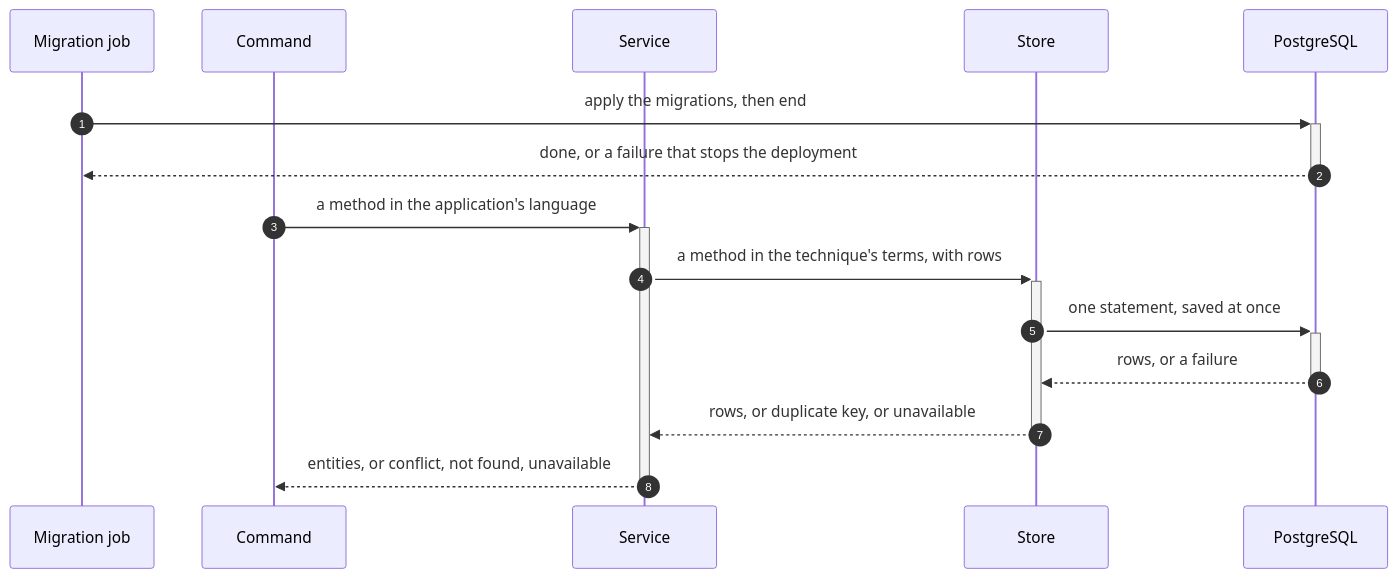
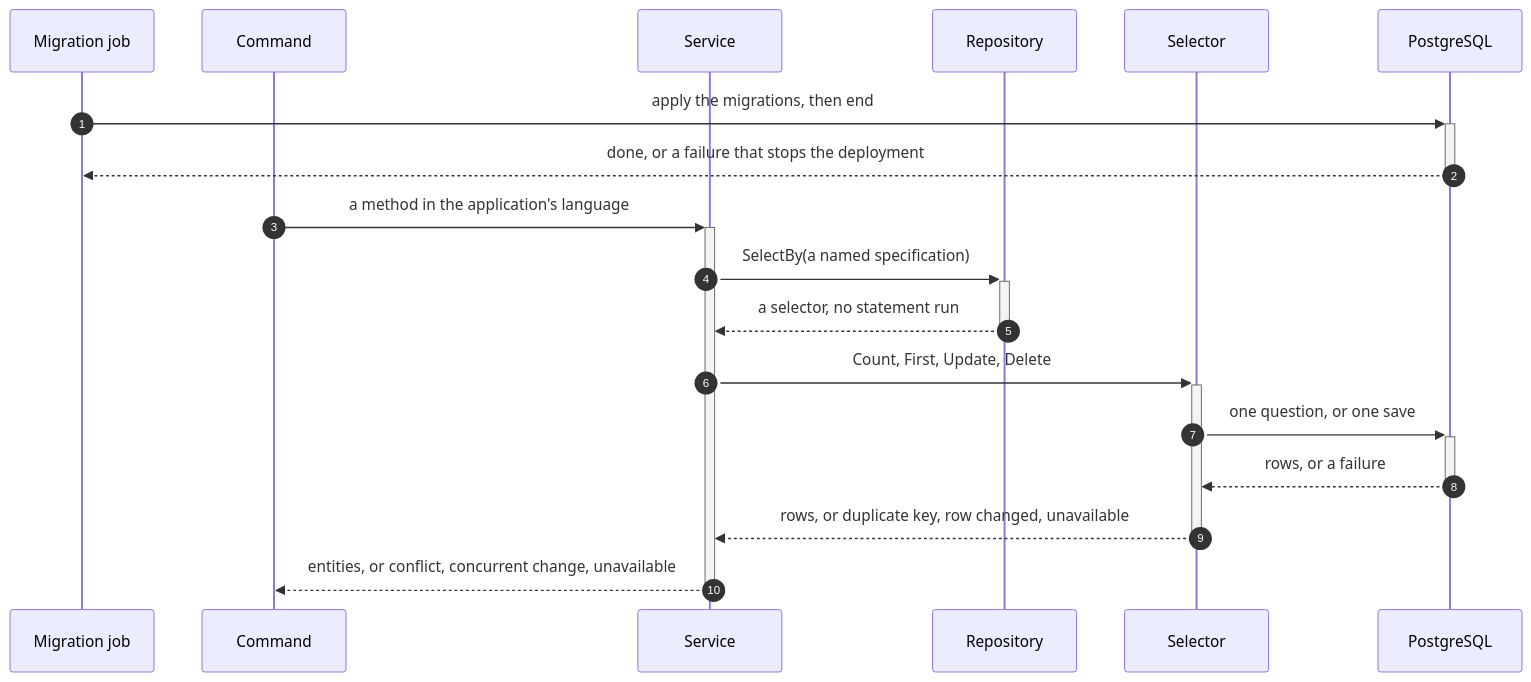
Before and after one commit to InsonusK/ai-skills: the diagram in library/architecture/spec/vp-postgres.skill/diagrams/concept.mmd, drawn with Mermaid. The commit also changed 12 other files, not shown here.

Commit message:
vp-postgres: one repository contract with selectors and specifications, shared scenarios for every stack

```diff
--- a/library/architecture/spec/vp-postgres.skill/diagrams/concept.mmd
+++ b/library/architecture/spec/vp-postgres.skill/diagrams/concept.mmd
@@ -1,16 +1,19 @@
 sequenceDiagram
     autonumber
     participant Job as Migration job
     participant Command as Command
     participant Service as Service
-    participant Store as Store
+    participant Repository as Repository
+    participant Selector as Selector
     participant DB as PostgreSQL
 
     Job->>+DB: apply the migrations, then end
     DB-->>-Job: done, or a failure that stops the deployment
     Command->>+Service: a method in the application's language
-    Service->>+Store: a method in the technique's terms, with rows
-    Store->>+DB: one statement, saved at once
-    DB-->>-Store: rows, or a failure
-    Store-->>-Service: rows, or duplicate key, or unavailable
-    Service-->>-Command: entities, or conflict, not found, unavailable
+    Service->>+Repository: SelectBy(a named specification)
+    Repository-->>-Service: a selector, no statement run
+    Service->>+Selector: Count, First, Update, Delete
+    Selector->>+DB: one question, or one save
+    DB-->>-Selector: rows, or a failure
+    Selector-->>-Service: rows, or duplicate key, row changed, unavailable
+    Service-->>-Command: entities, or conflict, concurrent change, unavailable
```
